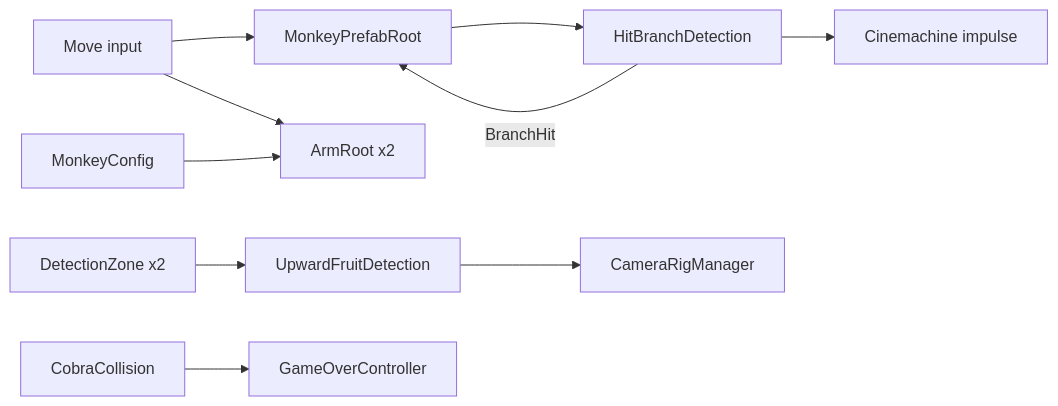
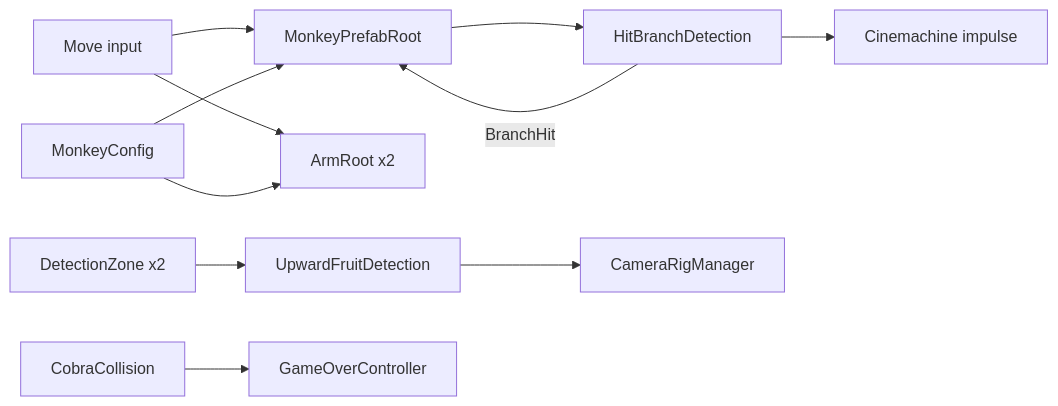
Before and after one commit to kami-lel/monkobra: the diagram in CONTEXT.md, drawn with Mermaid. The commit also changed other lines of this file and 8 other files, not shown here.

````diff
--- a/CONTEXT.md
+++ b/CONTEXT.md
@@ -50,12 +50,13 @@
 ```mermaid
 graph LR
   Input[Move input] --> Root[MonkeyPrefabRoot]
   Input --> Arm[ArmRoot x2]
-  Cfg[MonkeyConfig] --> Arm
+  Cfg[MonkeyConfig] --> Root
+  Cfg --> Arm
   Root --> Hit[HitBranchDetection]
   Hit -->|BranchHit| Root
   Hit --> Shake[Cinemachine impulse]
   Zones[DetectionZone x2] --> Fruit[UpwardFruitDetection]
   Fruit --> Cam[CameraRigManager]
   Cobra[CobraCollision] --> Over[GameOverController]
 ```
````
